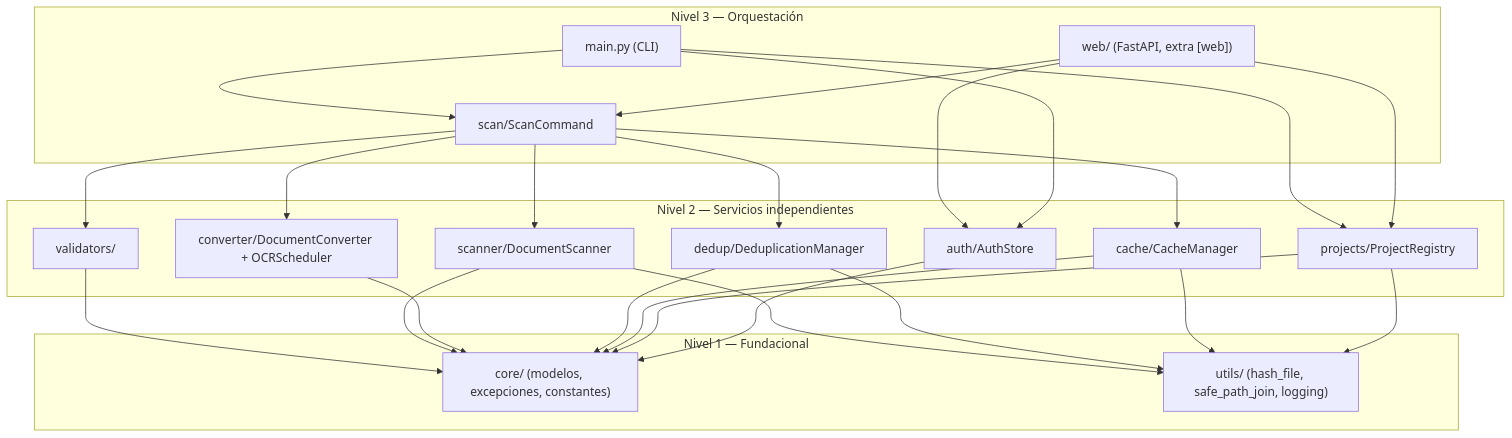
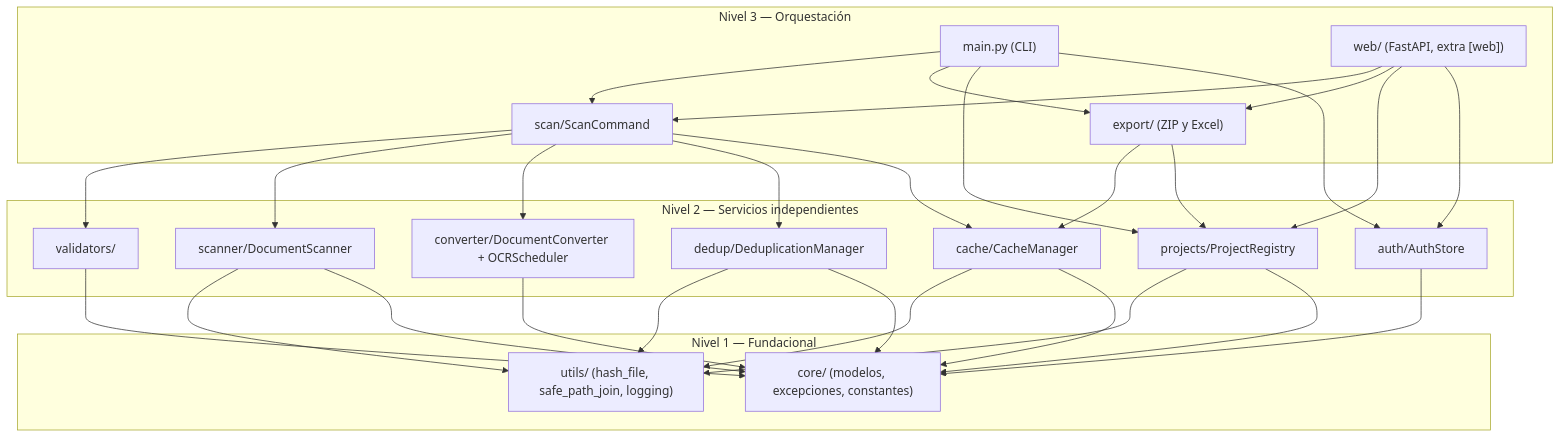
The diagram in docs/api/index.md (fmanza/doc_organize), drawn with Mermaid before and after one commit. The commit also changed other lines of this file and 25 other files, not shown here.

````diff
--- a/docs/api/index.md
+++ b/docs/api/index.md
@@ -17,48 +19,53 @@
 ```mermaid
 graph TB
     subgraph L3["Nivel 3 — Orquestación"]
         CLI["main.py (CLI)"]
         ScanCmd["scan/ScanCommand"]
+        Export["export/ (ZIP y Excel)"]
         Web["web/ (FastAPI, extra [web])"]
     end
 
     subgraph L2["Nivel 2 — Servicios independientes"]
         Validators["validators/"]
         Scanner["scanner/DocumentScanner"]
         Converter["converter/DocumentConverter + OCRScheduler"]
         Dedup["dedup/DeduplicationManager"]
         Cache["cache/CacheManager"]
         Projects["projects/ProjectRegistry"]
         Auth["auth/AuthStore"]
     end
 
     subgraph L1["Nivel 1 — Fundacional"]
         Core["core/ (modelos, excepciones, constantes)"]
         Utils["utils/ (hash_file, safe_path_join, logging)"]
     end
 
     CLI --> ScanCmd
     Web --> ScanCmd
+    CLI --> Export
+    Web --> Export
+    Export --> Cache
+    Export --> Projects
     CLI --> Projects
     Web --> Projects
     Web --> Auth
     CLI --> Auth
 
     ScanCmd --> Validators
     ScanCmd --> Scanner
     ScanCmd --> Converter
     ScanCmd --> Dedup
     ScanCmd --> Cache
 
     Validators --> Core
     Scanner --> Utils
     Scanner --> Core
     Converter --> Core
     Dedup --> Utils
     Dedup --> Core
     Cache --> Utils
     Cache --> Core
     Projects --> Utils
     Projects --> Core
     Auth --> Core
 ```
````
